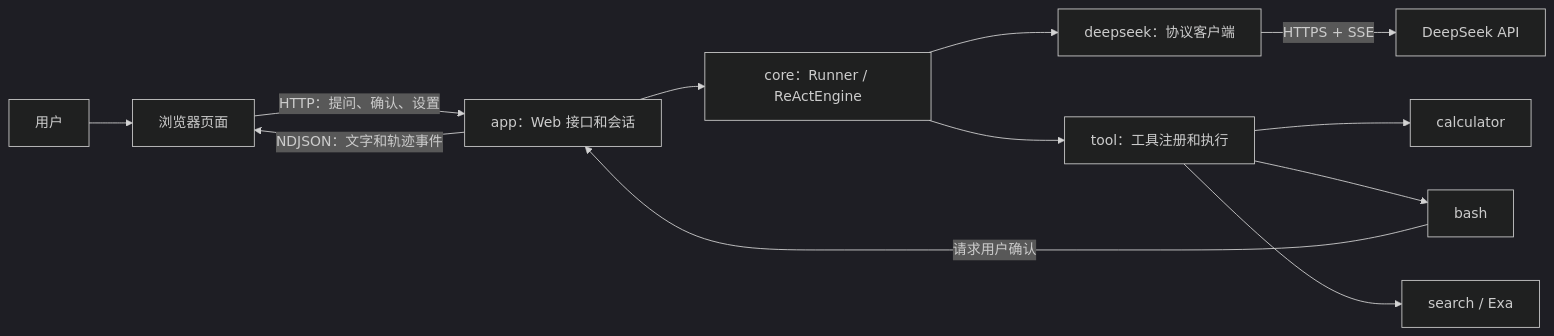
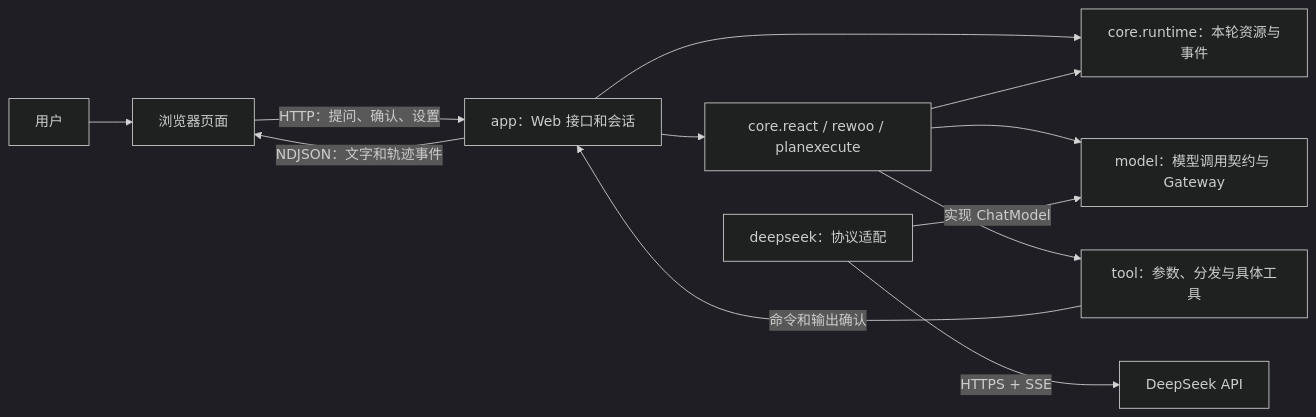
One commit to GLBB/ai-engineering-from-scratch changed the diagram in learning-artifacts/agent-loop/docs/01-architecture.md. Above: the diagram before and after it, drawn with Mermaid (dark theme). The commit also changed other lines of this file and 153 other files, not shown here.

````diff
--- a/learning-artifacts/agent-loop/docs/01-architecture.md
+++ b/learning-artifacts/agent-loop/docs/01-architecture.md
@@ -13,14 +13,14 @@
 ```mermaid
 flowchart LR
     User[用户] --> Browser[浏览器页面]
     Browser -->|HTTP：提问、确认、设置| App[app：Web 接口和会话]
     App -->|NDJSON：文字和轨迹事件| Browser
-    App --> Loop[core：Runner / ReActEngine]
-    Loop --> Model[deepseek：协议客户端]
-    Model -->|HTTPS + SSE| DeepSeek[DeepSeek API]
-    Loop --> Tools[tool：工具注册和执行]
-    Tools --> Calc[calculator]
-    Tools --> Bash[bash]
-    Tools --> Search[search / Exa]
-    Bash -->|请求用户确认| App
+    App --> Strategies[core.react / rewoo / planexecute]
+    App --> Runtime[core.runtime：本轮资源与事件]
+    Strategies --> Runtime
+    Strategies --> Model[model：模型调用契约与 Gateway]
+    Strategies --> Tools[tool：参数、分发与具体工具]
+    Provider[deepseek：协议适配] -->|实现 ChatModel| Model
+    Provider -->|HTTPS + SSE| DeepSeek[DeepSeek API]
+    Tools -->|命令和输出确认| App
 ```
````
